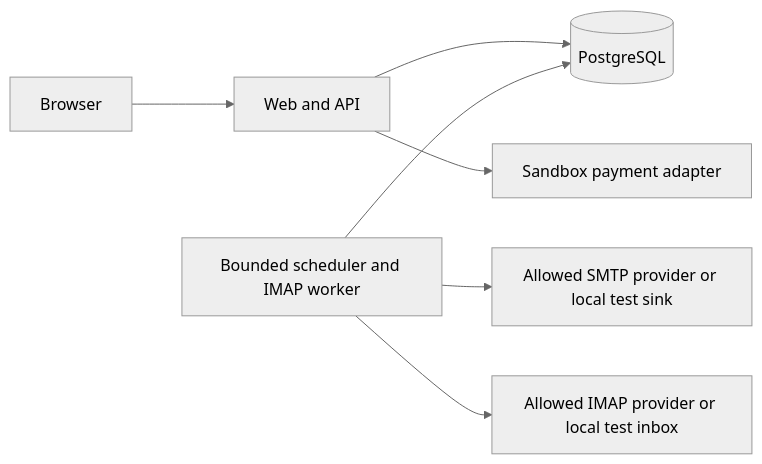
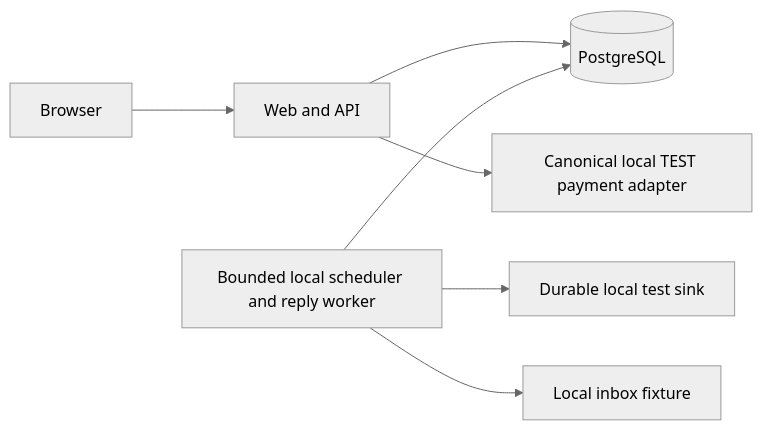
Before and after one commit to djd1m/2026-AUG-PU-Projects: the diagram in projects/07-cold-email-warmup/docs/Architecture.md, drawn with Mermaid (neutral theme). The commit also changed other lines of this file and 32 other files, not shown here.

````diff
--- a/projects/07-cold-email-warmup/docs/Architecture.md
+++ b/projects/07-cold-email-warmup/docs/Architecture.md
@@ -8,9 +8,9 @@
 ```mermaid
 flowchart LR
   Browser --> Web[Web and API]
   Web --> PG[(PostgreSQL)]
-  Worker[Bounded scheduler and IMAP worker] --> PG
-  Worker --> SMTP[Allowed SMTP provider or local test sink]
-  Worker --> IMAP[Allowed IMAP provider or local test inbox]
-  Web --> Pay[Sandbox payment adapter]
+  Worker[Bounded local scheduler and reply worker] --> PG
+  Worker --> SMTP[Durable local test sink]
+  Worker --> IMAP[Local inbox fixture]
+  Web --> Pay[Canonical local TEST payment adapter]
 ```
````
